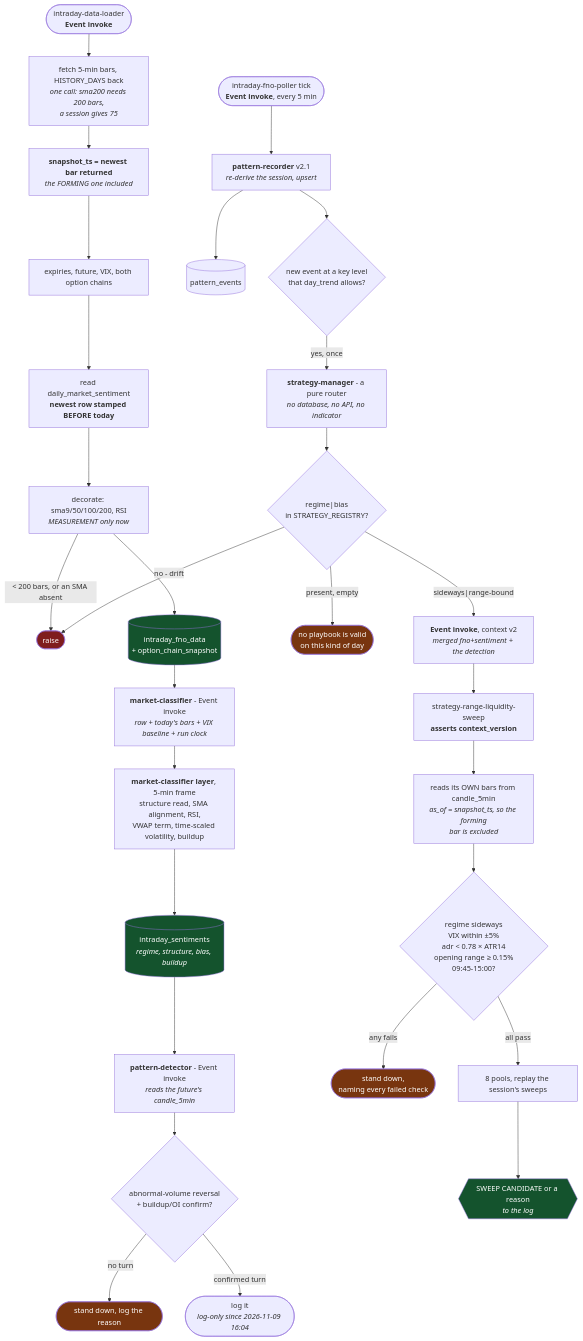
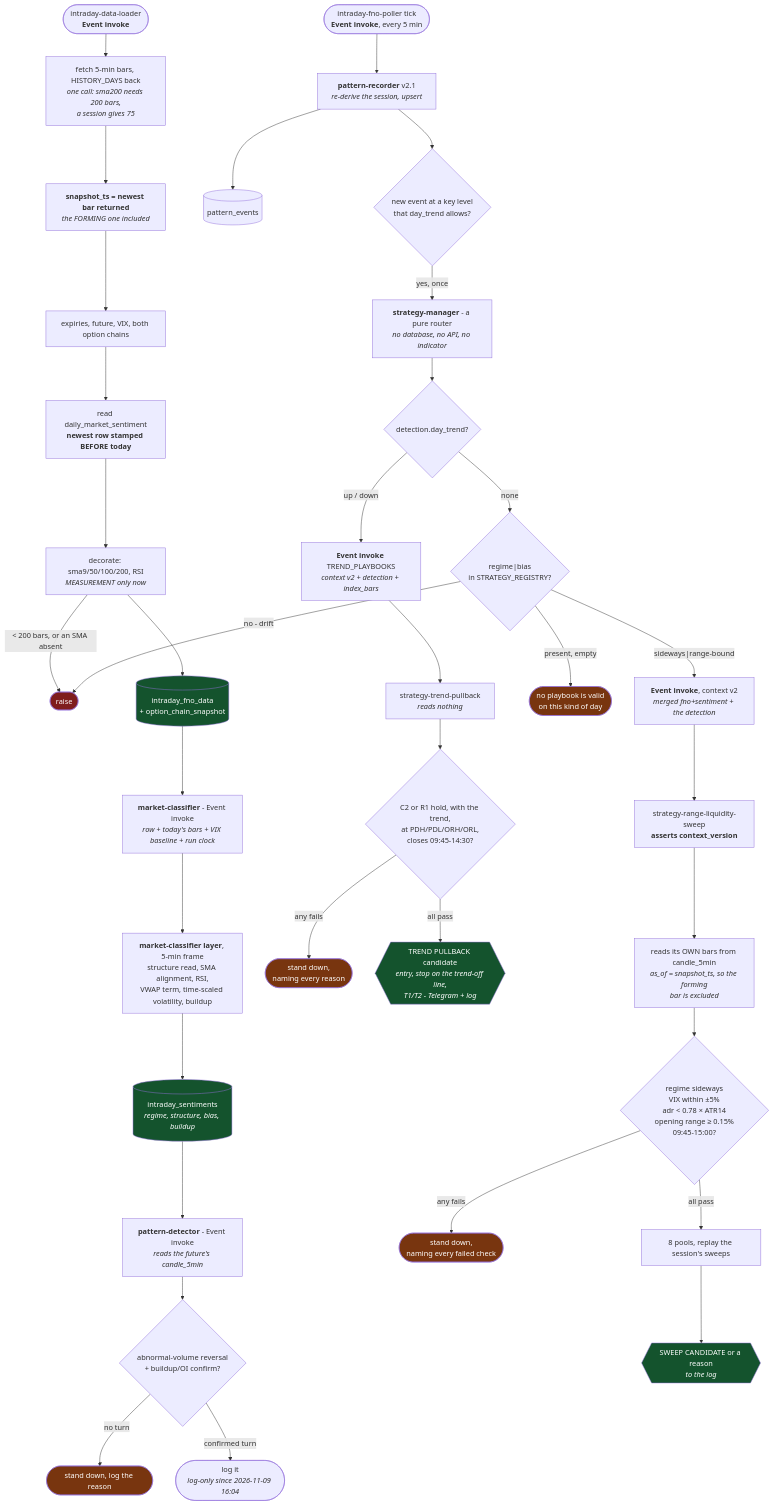
The sixth of 7 diagrams in docs/flow.md (amar7585/aws-algo-claude), drawn with Mermaid before and after one commit. The commit also changed other lines of this file and 3 other files, not shown here.

Commit message:
docs: strategy-trend-pullback live; manager routes on day_trend first

````diff
--- a/docs/flow.md
+++ b/docs/flow.md
@@ -380,45 +387,53 @@
 ```mermaid
 flowchart TD
     START(["intraday-data-loader<br/><b>Event invoke</b>"]) --> FETCH
 
     FETCH["fetch 5-min bars, HISTORY_DAYS back<br/><i>one call: sma200 needs 200 bars,<br/>a session gives 75</i>"]
     FETCH --> NEWEST["<b>snapshot_ts = newest bar returned</b><br/><i>the FORMING one included</i>"]
     NEWEST --> CHAIN["expiries, future, VIX, both option chains"]
     CHAIN --> DREAD["read daily_market_sentiment<br/><b>newest row stamped BEFORE today</b>"]
     DREAD --> MEAS["decorate: sma9/50/100/200, RSI<br/><i>MEASUREMENT only now</i>"]
     MEAS -->|"< 200 bars, or an SMA absent"| RAISE(["raise"])
     MEAS --> WRITE[("intraday_fno_data<br/>+ option_chain_snapshot")]
 
     WRITE --> CLSF["<b>market-classifier</b> - Event invoke<br/><i>row + today's bars + VIX baseline + run clock</i>"]
     CLSF --> SCORE["<b>market-classifier layer</b>, 5-min frame<br/>structure read, SMA alignment, RSI,<br/>VWAP term, time-scaled volatility, buildup"]
     SCORE --> WRITE2[("intraday_sentiments<br/><i>regime, structure, bias, buildup</i>")]
 
     WRITE2 --> PD["<b>pattern-detector</b> - Event invoke<br/><i>reads the future's candle_5min</i>"]
     PD --> TURN{"abnormal-volume reversal<br/>+ buildup/OI confirm?"}
     TURN -->|"no turn"| STAND(["stand down, log the reason"])
     TURN -->|"confirmed turn"| TLOG(["log it<br/><i>log-only since 2026-11-09 16:04</i>"])
     POLL(["intraday-fno-poller tick<br/><b>Event invoke</b>, every 5 min"]) --> REC["<b>pattern-recorder</b> v2.1<br/><i>re-derive the session, upsert</i>"]
     REC --> PEV[("pattern_events")]
     REC --> ALERT{"new event at a key level<br/>that day_trend allows?"}
     ALERT -->|"yes, once"| MGR["<b>strategy-manager</b> - a pure router<br/><i>no database, no API, no indicator</i>"]
 
-    MGR --> KEY{"regime|bias<br/>in STRATEGY_REGISTRY?"}
+    MGR --> DT{"detection.day_trend?"}
+    DT -->|"up / down"| TINV["<b>Event invoke</b> TREND_PLAYBOOKS<br/><i>context v2 + detection + index_bars</i>"]
+    TINV --> TPB["strategy-trend-pullback<br/><i>reads nothing</i>"]
+    TPB --> TGATE{"C2 or R1 hold, with the trend,<br/>at PDH/PDL/ORH/ORL,<br/>closes 09:45-14:30?"}
+    TGATE -->|"any fails"| TDOWN(["stand down,<br/>naming every reason"])
+    TGATE -->|"all pass"| TOUT{{"TREND PULLBACK candidate<br/><i>entry, stop on the trend-off line,<br/>T1/T2 - Telegram + log</i>"}}
+    DT -->|"none"| KEY{"regime|bias<br/>in STRATEGY_REGISTRY?"}
     KEY -->|"no - drift"| RAISE
     KEY -->|"present, empty"| NONE(["no playbook is valid<br/>on this kind of day"])
     KEY -->|"sideways|range-bound"| INV["<b>Event invoke</b>, context v2<br/><i>merged fno+sentiment + the detection</i>"]
 
     INV --> SWEEP["strategy-range-liquidity-sweep<br/><b>asserts context_version</b>"]
     SWEEP --> OWN["reads its OWN bars from candle_5min<br/><i>as_of = snapshot_ts, so the forming<br/>bar is excluded</i>"]
     OWN --> FINE{"regime sideways<br/>VIX within &plusmn;5%<br/>adr &lt; 0.78 &times; ATR14<br/>opening range &ge; 0.15%<br/>09:45-15:00?"}
     FINE -->|"any fails"| DOWN(["stand down,<br/>naming every failed check"])
     FINE -->|all pass| SCAN["8 pools, replay the session's sweeps"]
     SCAN --> OUT{{"SWEEP CANDIDATE or a reason<br/><i>to the log</i>"}}
 
     style RAISE fill:#7f1d1d,color:#fff
     style NONE fill:#78350f,color:#fff
     style DOWN fill:#78350f,color:#fff
     style STAND fill:#78350f,color:#fff
+    style TDOWN fill:#78350f,color:#fff
     style WRITE fill:#14532d,color:#fff
     style WRITE2 fill:#14532d,color:#fff
     style OUT fill:#14532d,color:#fff
+    style TOUT fill:#14532d,color:#fff
 ```
````
